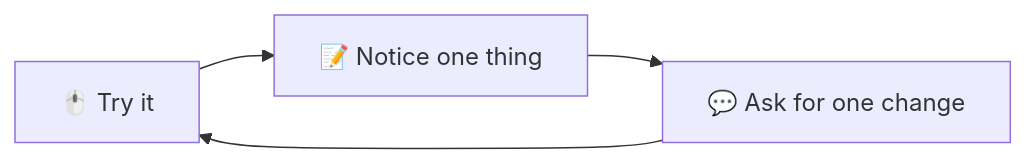
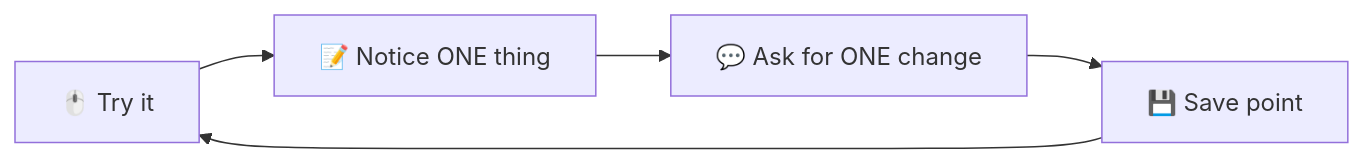
One commit to Axmann8/AI_For_Advanced_Beginners changed the second of 2 diagrams in manual/part-5-building-with-ai/34-vibe-coding-your-first-app.md. Above: the diagram before and after it, drawn with Mermaid. The commit also changed other lines of this file and 16 other files, not shown here.

````diff
--- a/manual/part-5-building-with-ai/34-vibe-coding-your-first-app.md
+++ b/manual/part-5-building-with-ai/34-vibe-coding-your-first-app.md
@@ -72,4 +163,4 @@
 ```mermaid
 flowchart LR
-    T[🖱️ Try it] --> N[📝 Notice one thing] --> A[💬 Ask for one change] --> T
+    T[🖱️ Try it] --> N[📝 Notice ONE thing] --> A[💬 Ask for ONE change] --> C[💾 Save point] --> T
 ```
````
